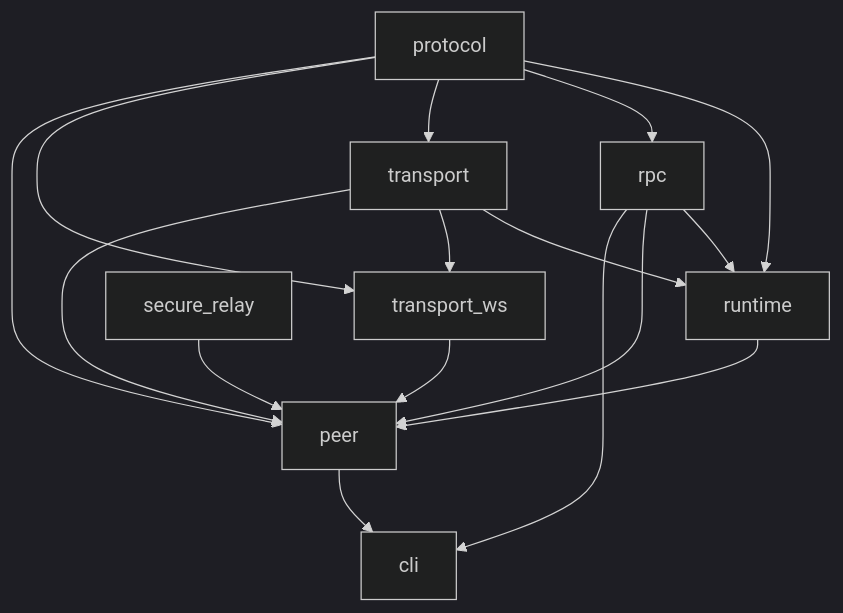
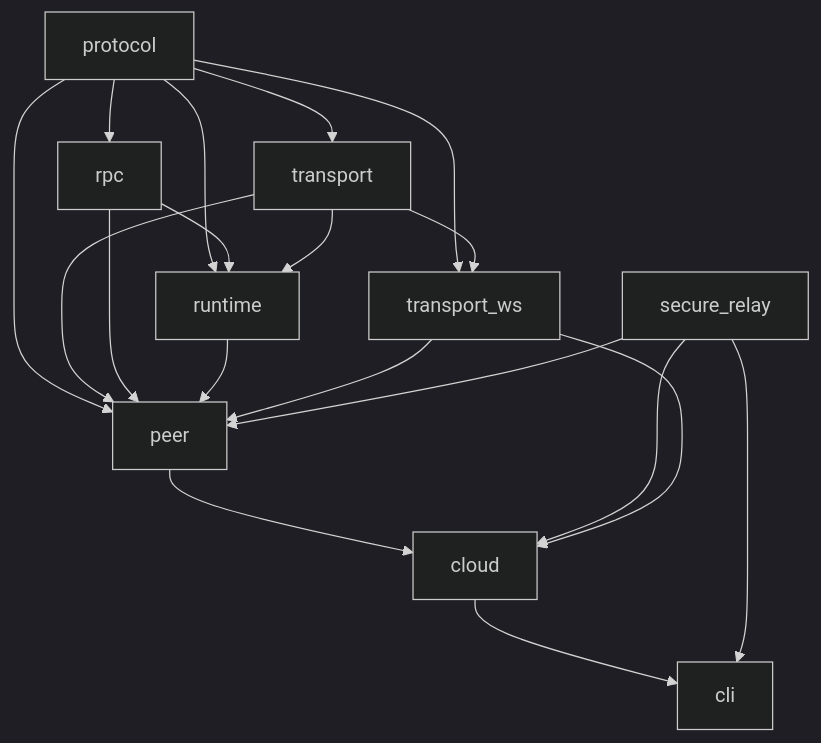
The diagram in docs/architecture/project-structure.md (sidebandtech/sideband), drawn with Mermaid (dark theme) before and after one commit. The commit also changed other lines of this file and 49 other files, not shown here.

````diff
--- a/docs/architecture/project-structure.md
+++ b/docs/architecture/project-structure.md
@@ -77,18 +82,21 @@
 ```mermaid
 graph TD
   protocol --> runtime
   protocol --> rpc
   rpc --> runtime
   protocol --> transport
   transport --> runtime
   protocol --> transport_ws
   transport --> transport_ws
   protocol --> peer
   transport --> peer
   rpc --> peer
   runtime --> peer
   transport_ws --> peer
   secure_relay --> peer
-  peer --> cli
-  rpc --> cli
+  peer --> cloud
+  secure_relay --> cloud
+  transport_ws --> cloud
+  cloud --> cli
+  secure_relay --> cli
 ```
````
